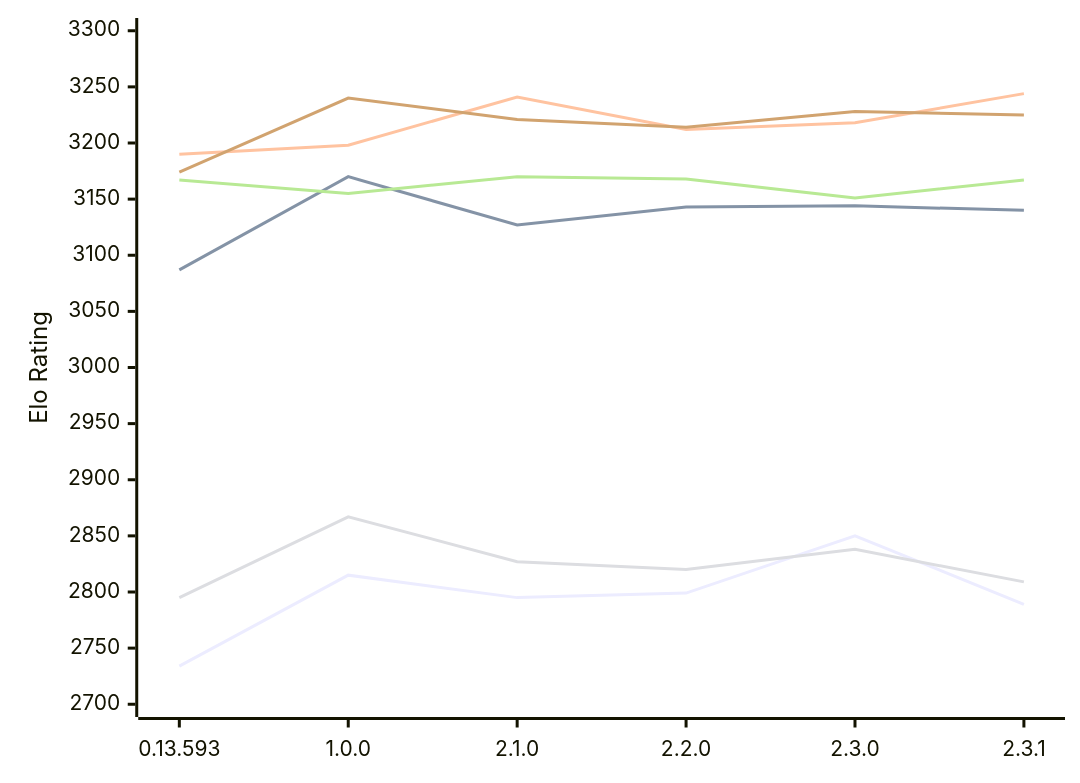
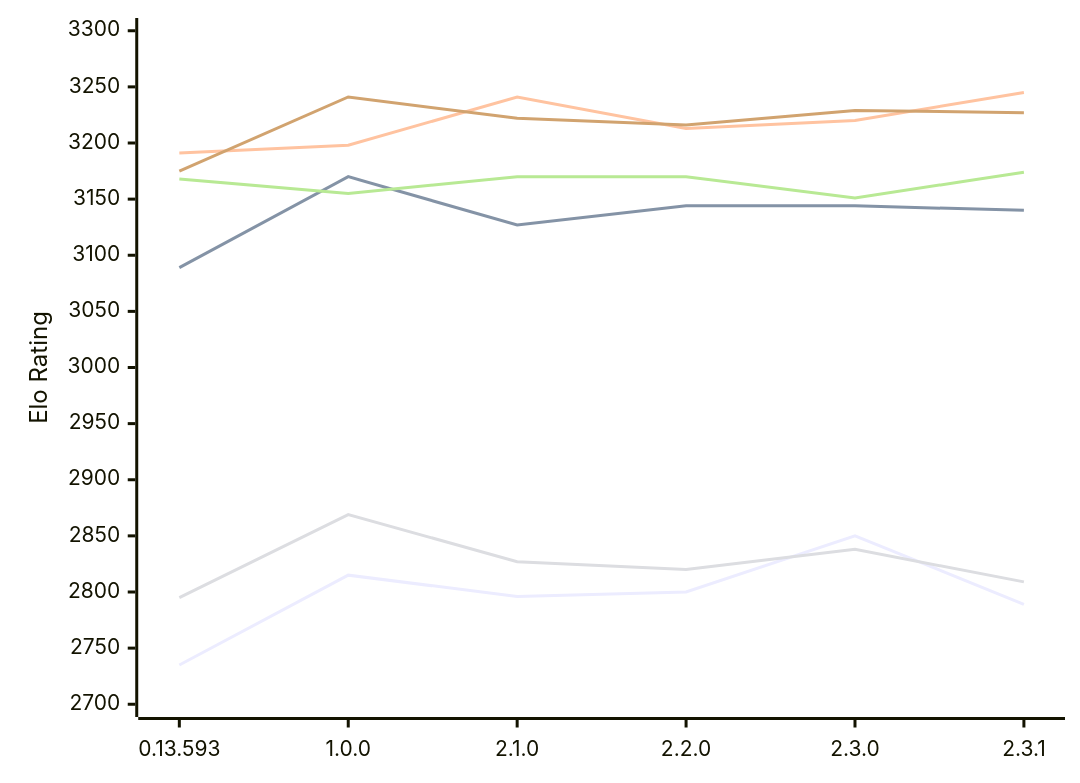
The diagram in engines/Pawnstar.md (computer-chess-index/cci), drawn with Mermaid before and after one commit. The commit also changed other lines of this file, not shown here.

Commit message:
Update CCI Ratings (ELO VLTC) - 2026-11-27

````diff
--- a/engines/Pawnstar.md
+++ b/engines/Pawnstar.md
@@ -57,12 +57,12 @@
 ```mermaid
 %%{init: {"theme":"base","themeVariables":{"seriesColors:['#a3a3a3','#222221','#faa371']}}}%%
 xychart-beta
   x-axis ["0.13.593", "1.0.0", "2.1.0", "2.2.0", "2.3.0", "2.3.1"]
   y-axis "Elo Rating" 2700 --> 3300
-  line "E1: STC (8.0+0.08s)" [2734, 2815, 2795, 2799, 2850, 2789]
-  line "E1: LTC (60.0+0.60s)" [3087, 3170, 3127, 3143, 3144, 3140]
-  line "E1: VLTC (2m24s+1.12s)" [3190, 3198, 3241, 3212, 3218, 3244]
-  line "P1: STC (8.0+0.08s)" [2795, 2867, 2827, 2820, 2838, 2809]
-  line "P1: LTC (60.0+0.60s)" [3167, 3155, 3170, 3168, 3151, 3167]
-  line "P1: VLTC (2m24s+1.12s)" [3174, 3240, 3221, 3214, 3228, 3225]
+  line "E1: STC (8.0+0.08s)" [2735, 2815, 2796, 2800, 2850, 2789]
+  line "E1: LTC (60.0+0.60s)" [3089, 3170, 3127, 3144, 3144, 3140]
+  line "E1: VLTC (2m24s+1.12s)" [3191, 3198, 3241, 3213, 3220, 3245]
+  line "P1: STC (8.0+0.08s)" [2795, 2869, 2827, 2820, 2838, 2809]
+  line "P1: LTC (60.0+0.60s)" [3168, 3155, 3170, 3170, 3151, 3174]
+  line "P1: VLTC (2m24s+1.12s)" [3175, 3241, 3222, 3216, 3229, 3227]
 ```
````
